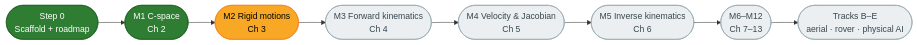
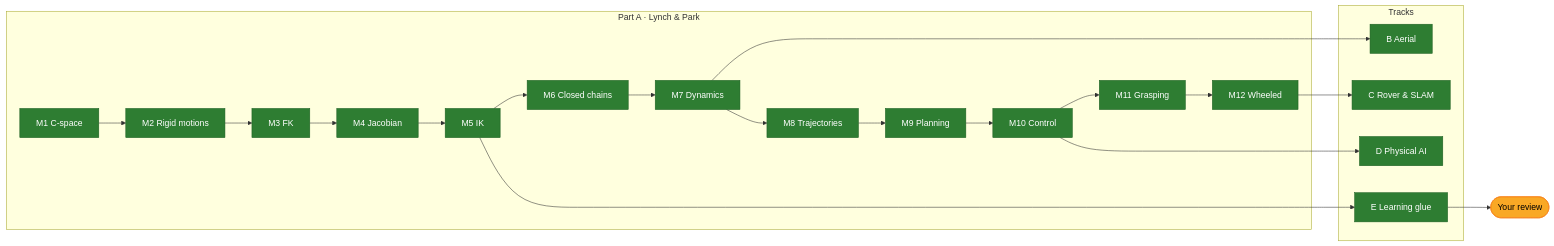
The diagram in docs/index.md (znjubery/Robotics-Lab-), drawn with Mermaid before and after one commit. The commit also changed other lines of this file and 6 other files, not shown here.

````diff
--- a/docs/index.md
+++ b/docs/index.md
@@ -35,13 +35,21 @@
 ```mermaid
 flowchart LR
-  S0([Step 0<br/>Scaffold + roadmap]):::done --> M1([M1 C-space<br/>Ch 2]):::done
-  M1 --> M2([M2 Rigid motions<br/>Ch 3]):::now
-  M2 --> M3([M3 Forward kinematics<br/>Ch 4]):::todo
-  M3 --> M4([M4 Velocity & Jacobian<br/>Ch 5]):::todo
-  M4 --> M5([M5 Inverse kinematics<br/>Ch 6]):::todo
-  M5 --> M6([M6–M12<br/>Ch 7–13]):::todo
-  M6 --> T([Tracks B–E<br/>aerial · rover · physical AI]):::todo
-  classDef done fill:#2e7d32,color:#fff,stroke:#1b5e20
-  classDef now fill:#f9a825,color:#000,stroke:#f57f17
-  classDef todo fill:#eceff1,color:#37474f,stroke:#90a4ae
+  subgraph A["Part A · Lynch & Park"]
+    M1[M1 C-space]:::d --> M2[M2 Rigid motions]:::d --> M3[M3 FK]:::d --> M4[M4 Jacobian]:::d
+    M4 --> M5[M5 IK]:::d --> M6[M6 Closed chains]:::d --> M7[M7 Dynamics]:::d --> M8[M8 Trajectories]:::d
+    M8 --> M9[M9 Planning]:::d --> M10[M10 Control]:::d --> M11[M11 Grasping]:::d --> M12[M12 Wheeled]:::d
+  end
+  subgraph T["Tracks"]
+    TB[B Aerial]:::d
+    TC[C Rover & SLAM]:::d
+    TD[D Physical AI]:::d
+    TE[E Learning glue]:::d
+  end
+  M7 --> TB
+  M12 --> TC
+  M10 --> TD
+  M5 --> TE
+  TE --> R([Your review]):::n
+  classDef d fill:#2e7d32,color:#fff,stroke:#1b5e20
+  classDef n fill:#f9a825,color:#000,stroke:#f57f17
 ```
````
